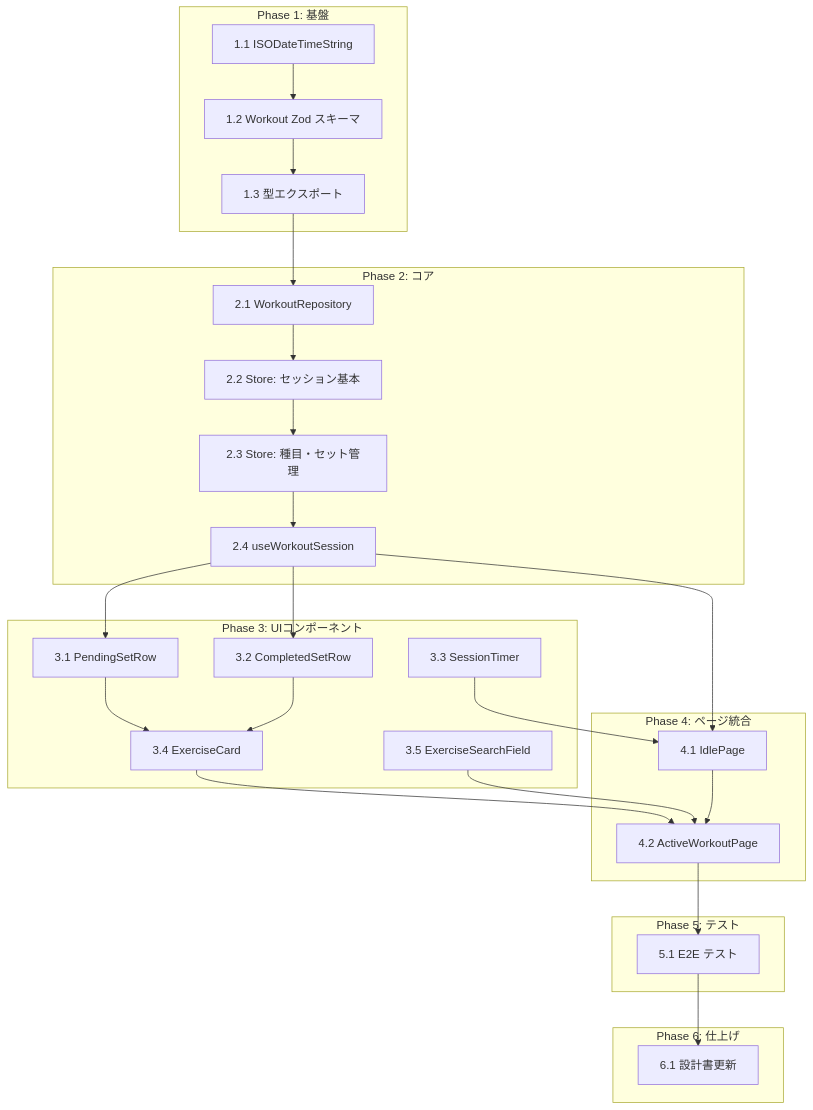
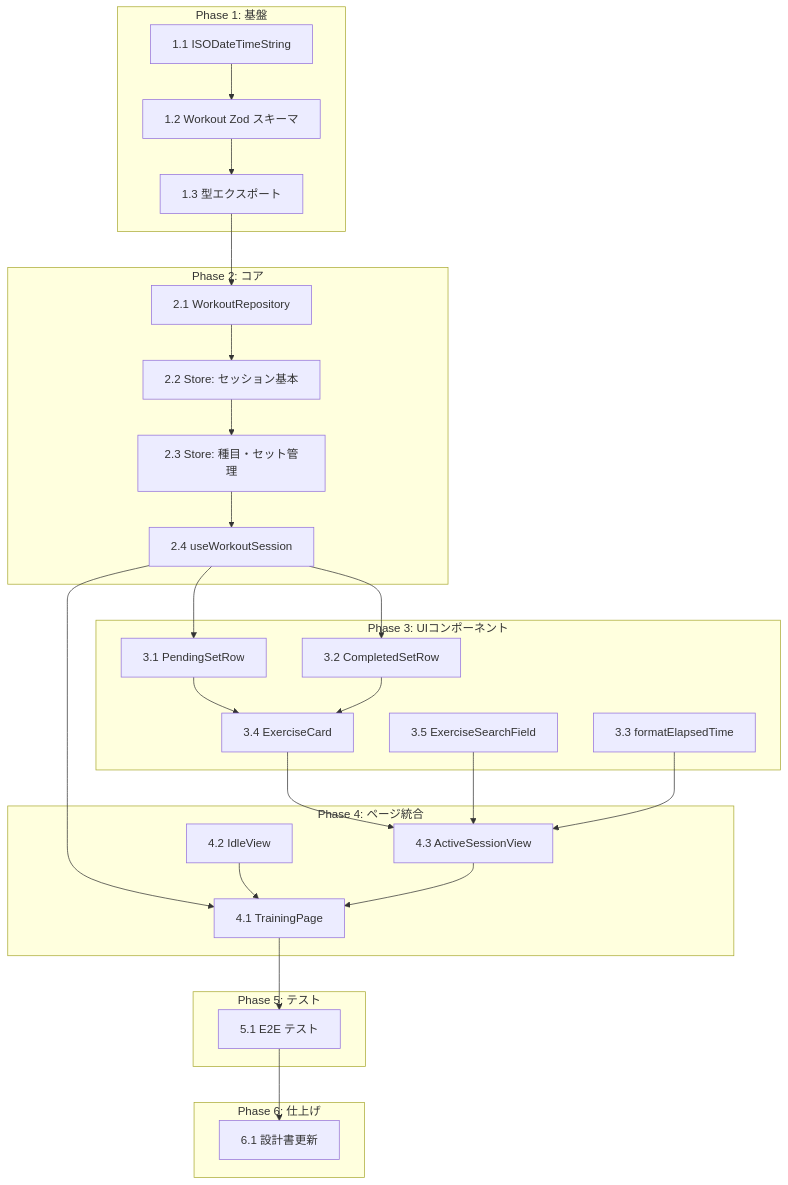
The diagram in .sdd/task/workout/tasks.md (SakumaTakuya/gymini), drawn with Mermaid before and after one commit. The commit also changed other lines of this file and 3 other files, not shown here.

````diff
--- a/.sdd/task/workout/tasks.md
+++ b/.sdd/task/workout/tasks.md
@@ -77,54 +80,56 @@
 ```mermaid
 graph TD
     subgraph "Phase 1: 基盤"
         T1_1["1.1 ISODateTimeString"]
         T1_2["1.2 Workout Zod スキーマ"]
         T1_3["1.3 型エクスポート"]
     end
 
     subgraph "Phase 2: コア"
         T2_1["2.1 WorkoutRepository"]
         T2_2["2.2 Store: セッション基本"]
         T2_3["2.3 Store: 種目・セット管理"]
         T2_4["2.4 useWorkoutSession"]
     end
 
     subgraph "Phase 3: UIコンポーネント"
         T3_1["3.1 PendingSetRow"]
         T3_2["3.2 CompletedSetRow"]
-        T3_3["3.3 SessionTimer"]
+        T3_3["3.3 formatElapsedTime"]
         T3_4["3.4 ExerciseCard"]
         T3_5["3.5 ExerciseSearchField"]
     end
 
     subgraph "Phase 4: ページ統合"
-        T4_1["4.1 IdlePage"]
-        T4_2["4.2 ActiveWorkoutPage"]
+        T4_1["4.1 TrainingPage"]
+        T4_2["4.2 IdleView"]
+        T4_3["4.3 ActiveSessionView"]
     end
 
     subgraph "Phase 5: テスト"
         T5_1["5.1 E2E テスト"]
     end
 
     subgraph "Phase 6: 仕上げ"
         T6_1["6.1 設計書更新"]
     end
 
     T1_1 --> T1_2
     T1_2 --> T1_3
     T1_3 --> T2_1
     T2_1 --> T2_2
     T2_2 --> T2_3
     T2_3 --> T2_4
     T2_4 --> T3_1
     T2_4 --> T3_2
     T3_1 --> T3_4
     T3_2 --> T3_4
     T2_4 --> T4_1
-    T3_3 --> T4_1
-    T3_4 --> T4_2
-    T3_5 --> T4_2
-    T4_1 --> T4_2
-    T4_2 --> T5_1
+    T4_2 --> T4_1
+    T4_3 --> T4_1
+    T3_4 --> T4_3
+    T3_5 --> T4_3
+    T3_3 --> T4_3
+    T4_1 --> T5_1
     T5_1 --> T6_1
 ```
````
